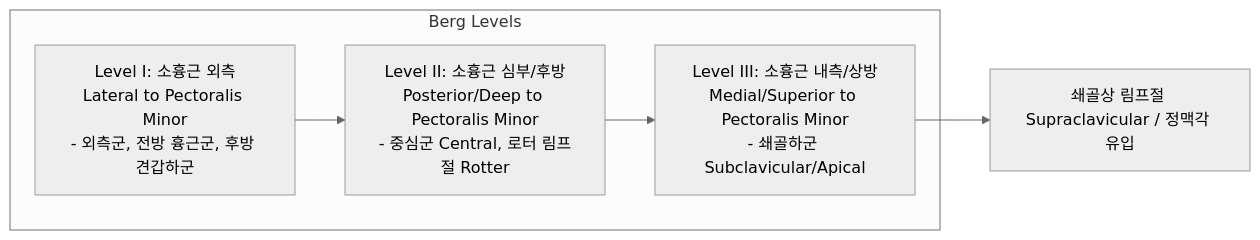
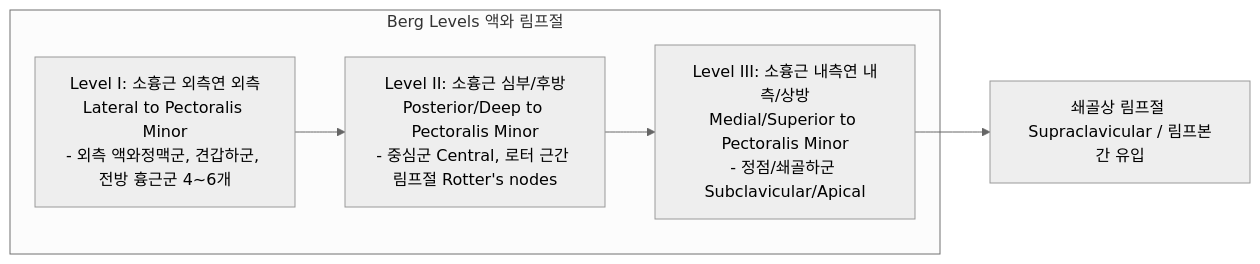
One commit to simbio11/simbio-digital-garden2 changed the first of 3 diagrams in content/5. 독서, 노트/독서/네터해부학/Vol1_생식기계/Day13_유방_해부생리_수유_양성질환_유방암_종양학.md. Above: the diagram before and after it, drawn with Mermaid (neutral theme). The commit also changed other lines of this file and 9 other files, not shown here.

````diff
--- a/content/5. 독서, 노트/독서/네터해부학/Vol1_생식기계/Day13_유방_해부생리_수유_양성질환_유방암_종양학.md
+++ b/content/5. 독서, 노트/독서/네터해부학/Vol1_생식기계/Day13_유방_해부생리_수유_양성질환_유방암_종양학.md
@@ -137,9 +207,9 @@
 ```mermaid
 graph LR
-    subgraph Berg Levels
-        L1[Level I: 소흉근 외측<br>Lateral to Pectoralis Minor<br>- 외측군, 전방 흉근군, 후방 견갑하군]
-        L2[Level II: 소흉근 심부/후방<br>Posterior/Deep to Pectoralis Minor<br>- 중심군 Central, 로터 림프절 Rotter]
-        L3[Level III: 소흉근 내측/상방<br>Medial/Superior to Pectoralis Minor<br>- 쇄골하군 Subclavicular/Apical]
+    subgraph Berg Levels 액와 림프절
+        L1[Level I: 소흉근 외측연 외측<br>Lateral to Pectoralis Minor<br>- 외측 액와정맥군, 견갑하군, 전방 흉근군 4~6개]
+        L2[Level II: 소흉근 심부/후방<br>Posterior/Deep to Pectoralis Minor<br>- 중심군 Central, 로터 근간 림프절 Rotter's nodes]
+        L3[Level III: 소흉근 내측연 내측/상방<br>Medial/Superior to Pectoralis Minor<br>- 정점/쇄골하군 Subclavicular/Apical]
     end
-    L1 --> L2 --> L3 --> SC[쇄골상 림프절 Supraclavicular / 정맥각 유입]
+    L1 --> L2 --> L3 --> SC[쇄골상 림프절 Supraclavicular / 림프본간 유입]
 ```
````
